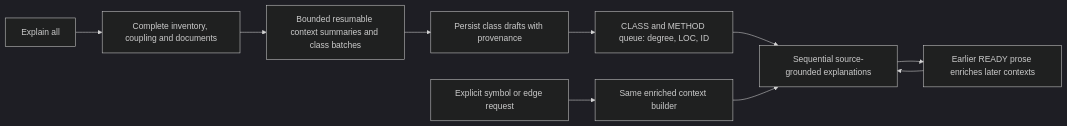
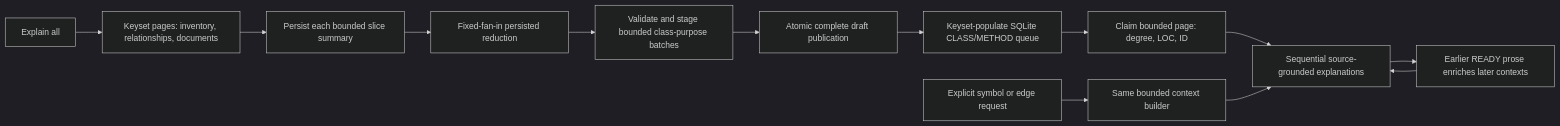
One commit to sajjadvalaei110/prompt-proof changed the second of 2 diagrams in docs/ARCHITECTURE.md. Above: the diagram before and after it, drawn with Mermaid (dark theme). The commit also changed other lines of this file and 38 other files, not shown here.

````diff
--- a/docs/ARCHITECTURE.md
+++ b/docs/ARCHITECTURE.md
@@ -122,12 +123,15 @@
 ```mermaid
 flowchart LR
-    A[Explain all] --> B[Complete inventory, coupling and documents]
-    B --> C[Bounded resumable context summaries and class batches]
-    C --> D[Persist class drafts with provenance]
-    D --> E[CLASS and METHOD queue: degree, LOC, ID]
-    E --> F[Sequential source-grounded explanations]
+    A[Explain all] --> B[Keyset pages: inventory, relationships, documents]
+    B --> C[Persist each bounded slice summary]
+    C --> D[Fixed-fan-in persisted reduction]
+    D --> E[Validate and stage bounded class-purpose batches]
+    E --> H[Atomic complete draft publication]
+    H --> I[Keyset-populate SQLite CLASS/METHOD queue]
+    I --> J[Claim bounded page: degree, LOC, ID]
+    J --> F[Sequential source-grounded explanations]
     F --> G[Earlier READY prose enriches later contexts]
     G --> F
-    H[Explicit symbol or edge request] --> I[Same enriched context builder]
-    I --> F
+    K[Explicit symbol or edge request] --> L[Same bounded context builder]
+    L --> F
 ```
````
